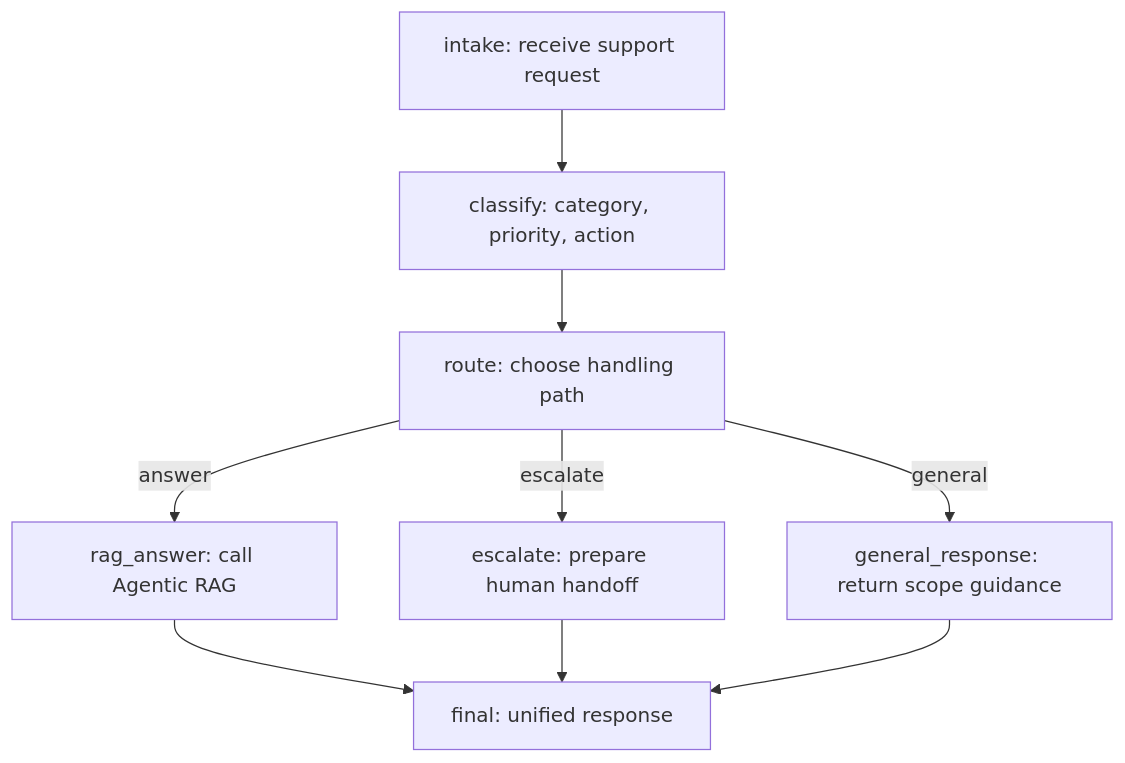
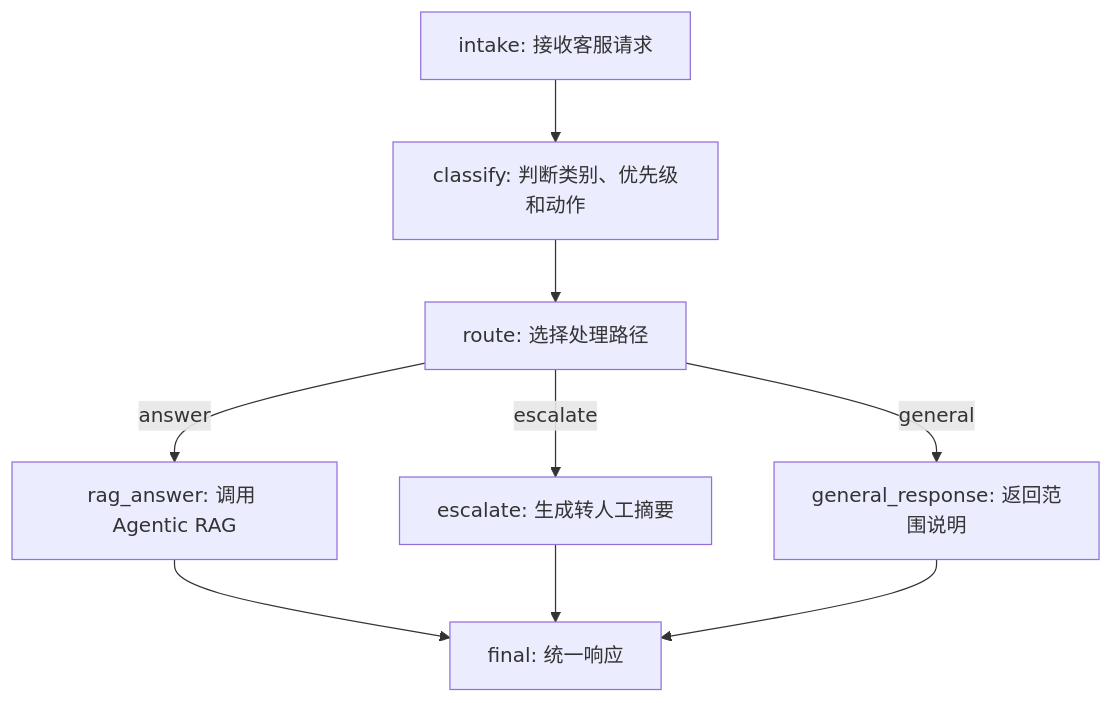
The diagram in README.md (biyongjie38-create/Support-Copilot), drawn with Mermaid before and after one commit. The commit also changed other lines of this file, not shown here.

````diff
--- a/README.md
+++ b/README.md
@@ -23,11 +23,11 @@
 ```mermaid
 flowchart TD
-    intake["intake: receive support request"] --> classify["classify: category, priority, action"]
-    classify --> route["route: choose handling path"]
-    route -->|answer| rag_answer["rag_answer: call Agentic RAG"]
-    route -->|escalate| escalate["escalate: prepare human handoff"]
-    route -->|general| general_response["general_response: return scope guidance"]
-    rag_answer --> final["final: unified response"]
+    intake["intake: 接收客服请求"] --> classify["classify: 判断类别、优先级和动作"]
+    classify --> route["route: 选择处理路径"]
+    route -->|answer| rag_answer["rag_answer: 调用 Agentic RAG"]
+    route -->|escalate| escalate["escalate: 生成转人工摘要"]
+    route -->|general| general_response["general_response: 返回范围说明"]
+    rag_answer --> final["final: 统一响应"]
     escalate --> final
     general_response --> final
 ```
````
